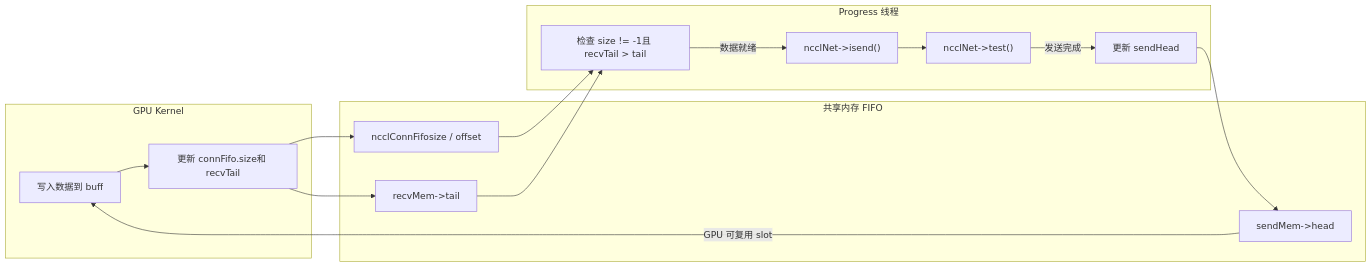
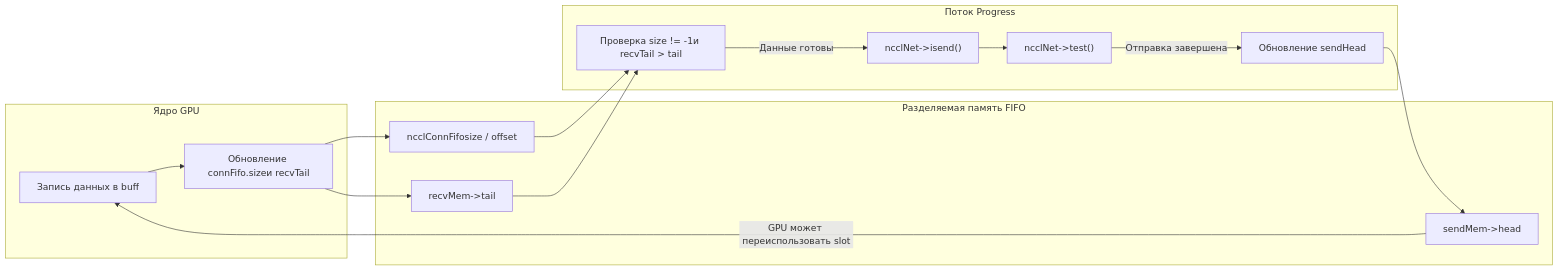
The third of 3 diagrams in books/nccl/ru/12-proxy-threads-async-io-scheduler.md (maleRjc/AiReadCodeBooks), drawn with Mermaid before and after one commit. The commit also changed other lines of this file and 74 other files, not shown here.

````diff
--- a/books/nccl/ru/12-proxy-threads-async-io-scheduler.md
+++ b/books/nccl/ru/12-proxy-threads-async-io-scheduler.md
@@ -432,28 +432,28 @@
 ```mermaid
 flowchart LR
-    subgraph GPU["GPU Kernel"]
-        gpu_write["写入数据到 buff"]
-        gpu_fifo["更新 connFifo.size和 recvTail"]
+    subgraph GPU["Ядро GPU"]
+        gpu_write["Запись данных в buff"]
+        gpu_fifo["Обновление connFifo.sizeи recvTail"]
     end
-    subgraph SHM["共享内存 FIFO"]
+    subgraph SHM["Разделяемая память FIFO"]
         fifo["ncclConnFifosize / offset"]
         head["sendMem->head"]
         tail["recvMem->tail"]
     end
-    subgraph PROXY["Progress 线程"]
-        check["检查 size != -1且 recvTail > tail"]
+    subgraph PROXY["Поток Progress"]
+        check["Проверка size != -1и recvTail > tail"]
         isend["ncclNet->isend()"]
         test["ncclNet->test()"]
-        update["更新 sendHead"]
+        update["Обновление sendHead"]
     end
     gpu_write --> gpu_fifo
     gpu_fifo --> fifo
     gpu_fifo --> tail
     fifo --> check
     tail --> check
-    check -->|数据就绪| isend
+    check -->|Данные готовы| isend
     isend --> test
-    test -->|发送完成| update
+    test -->|Отправка завершена| update
     update --> head
-    head -->|GPU 可复用 slot| gpu_write
+    head -->|GPU может переиспользовать slot| gpu_write
 ```
````
